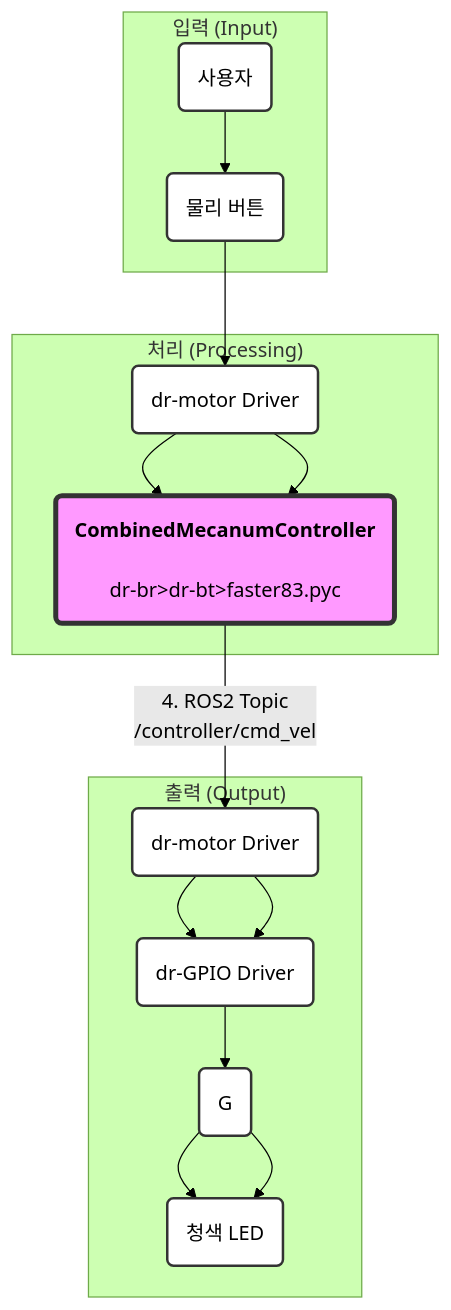
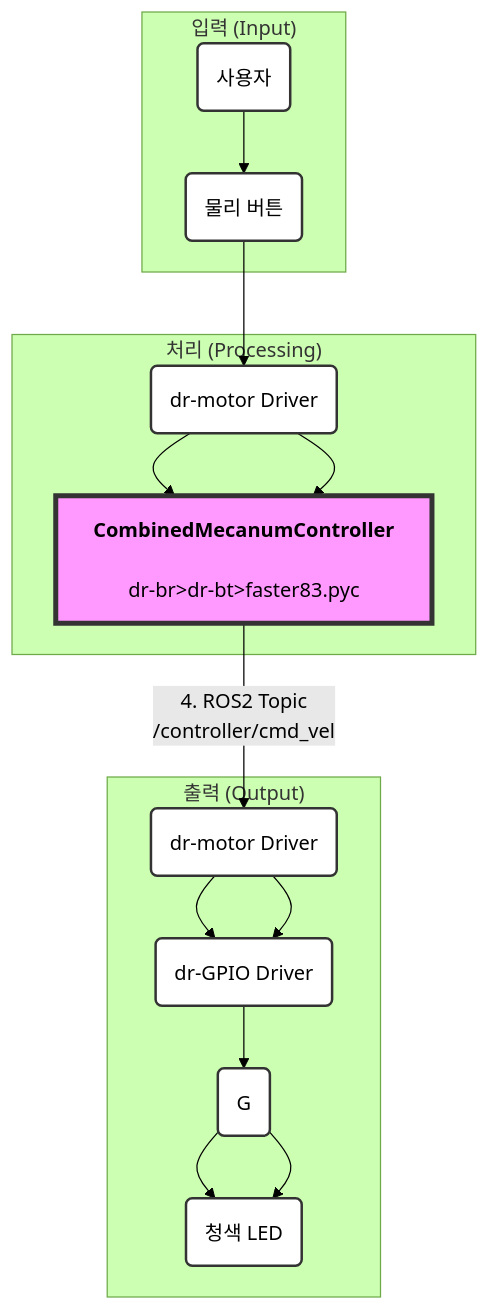
The first of 2 diagrams in README.md (nachalsa/rasp5), drawn with Mermaid (forest theme) before and after one commit. The commit also changed other lines of this file, not shown here.

````diff
--- a/README.md
+++ b/README.md
@@ -57,27 +111,27 @@
 ```mermaid
 graph TD
     subgraph "입력 (Input)"
         A(사용자) --> B(물리 버튼);
     end
 
     subgraph "처리 (Processing)"
-        C(dr-motor Driver) --> D(<b>CombinedMecanumController</b><br><br>dr-br>dr-bt>faster83.pyc</b>);
+        C(dr-motor Driver) --> D["<b>CombinedMecanumController</b><br><br>dr-br>dr-bt>faster83.pyc"];
     end
     
     subgraph "출력 (Output)"
         F(dr-motor Driver) --> G(dr-GPIO Driver);
         H(G) --> I(청색 LED);
     end
 
     %% 연결 정의 (데이터 흐름 순서)
     B --> C;
     C --> D;
     D -- "4. ROS2 Topic<br>/controller/cmd_vel" --> F;
     F --> G;
     G --> H;
     H --> I;
 
     %% 스타일링
     style D fill:#f9f,stroke:#333,stroke-width:4px;
     classDef default fill:#fff,stroke:#333,stroke-width:2px;
 ```    
````
